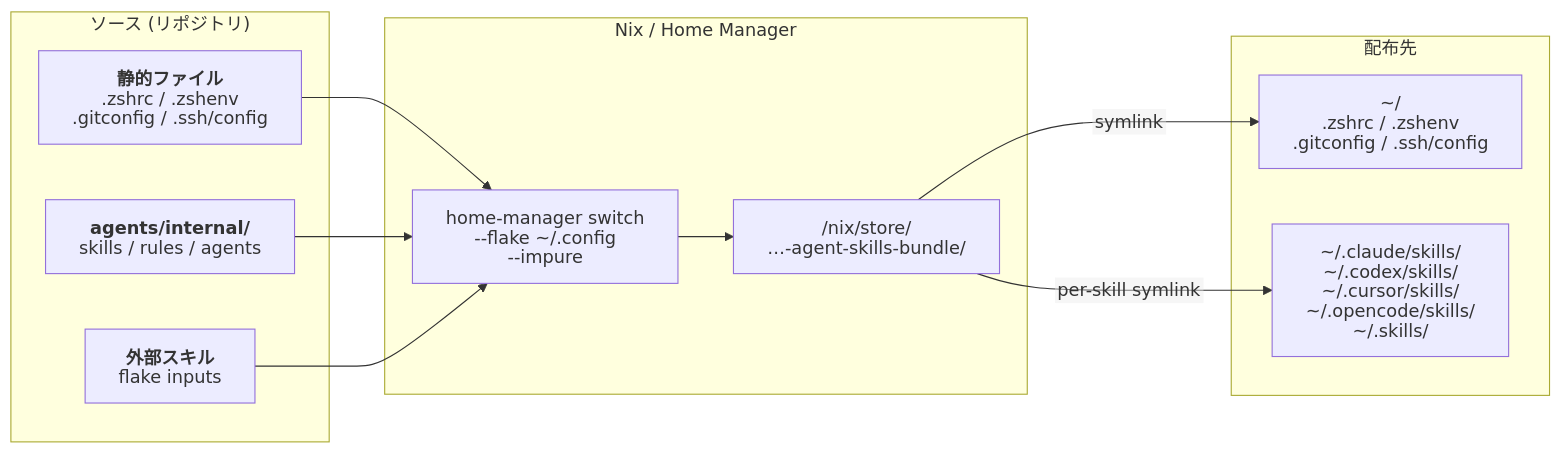
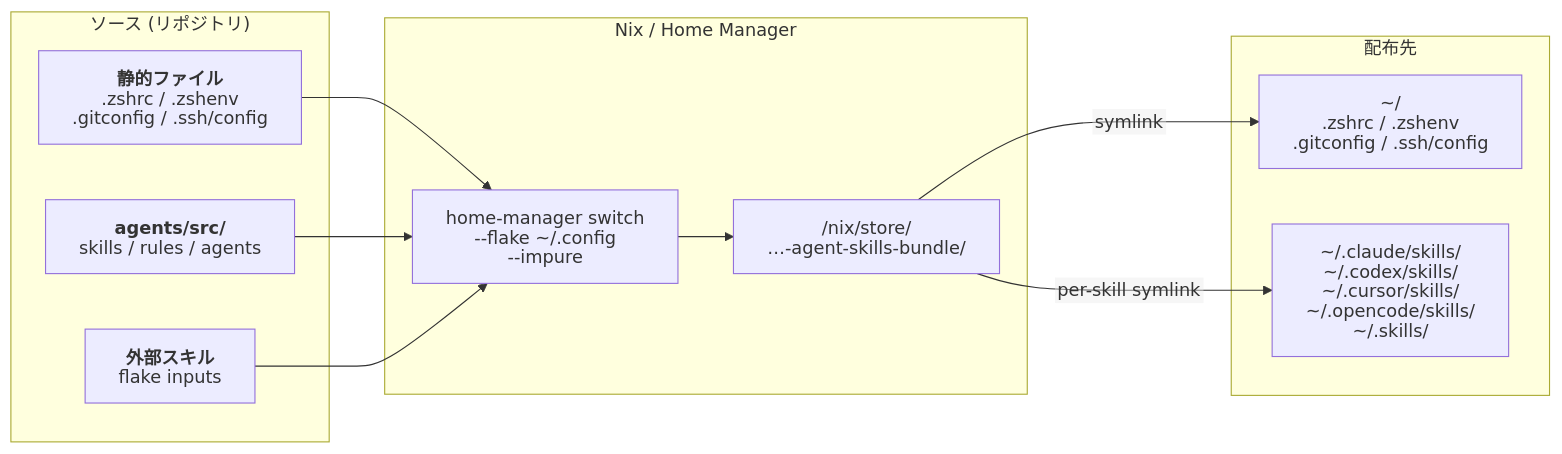
The diagram in docs/tools/nix.md (jey3dayo/dotfiles), drawn with Mermaid before and after one commit. The commit also changed other lines of this file and 9 other files, not shown here.

Commit message:
docs: update agents/internal references to agents/src

````diff
--- a/docs/tools/nix.md
+++ b/docs/tools/nix.md
@@ -15,41 +15,41 @@
 ```mermaid
 ---
 config:
   htmlLabels: false
 ---
 graph LR
     subgraph IN["ソース (リポジトリ)"]
         DOT["`**静的ファイル**
 .zshrc / .zshenv
 .gitconfig / .ssh/config`"]
-        INT["`**agents/internal/**
+        INT["`**agents/src/**
 skills / rules / agents`"]
         EXT["`**外部スキル**
 flake inputs`"]
     end
 
     subgraph NIX["Nix / Home Manager"]
         HM["`home-manager switch
 --flake ~/.config --impure`"]
         BUNDLE["`/nix/store/
 …-agent-skills-bundle/`"]
         HM --> BUNDLE
     end
 
     subgraph OUT["配布先"]
         HOME["`~/
 .zshrc / .zshenv
 .gitconfig / .ssh/config`"]
         SKILLS["`~/.claude/skills/
 ~/.codex/skills/
 ~/.cursor/skills/
 ~/.opencode/skills/
 ~/.skills/`"]
     end
 
     DOT --> HM
     INT --> HM
     EXT --> HM
     BUNDLE -->|symlink| HOME
     BUNDLE -->|per-skill symlink| SKILLS
 ```
````
